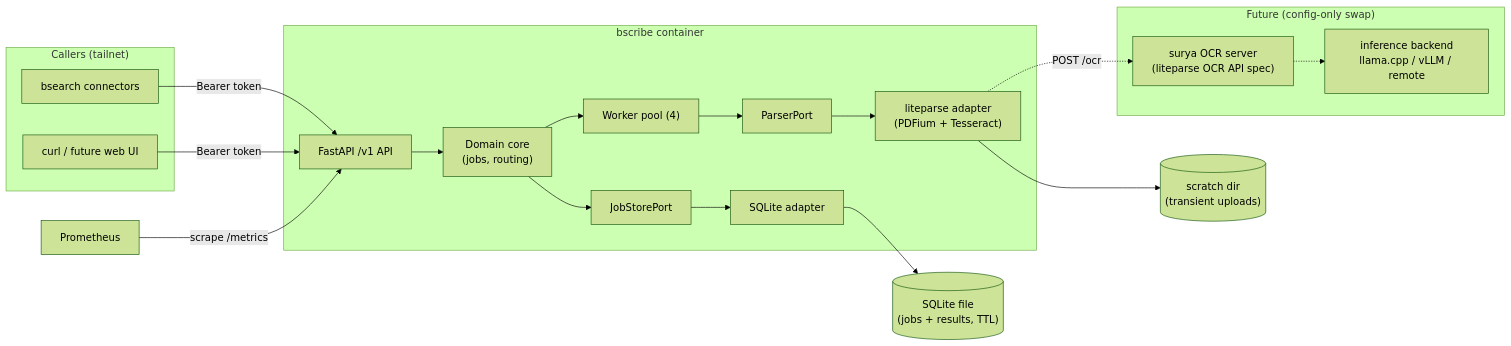
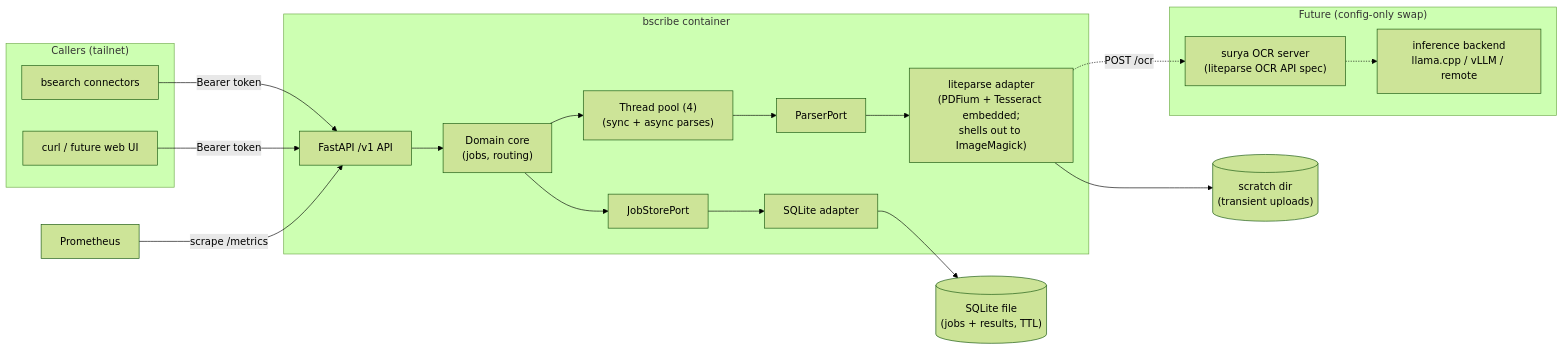
The diagram in docs/design.md (bcrisp4/bscribe), drawn with Mermaid (forest theme) before and after one commit. The commit also changed other lines of this file, not shown here.

````diff
--- a/docs/design.md
+++ b/docs/design.md
@@ -86,34 +86,34 @@
 ```mermaid
 flowchart LR
     subgraph callers["Callers (tailnet)"]
         BS["bsearch connectors"]
         CURL["curl / future web UI"]
     end
 
     subgraph bscribe["bscribe container"]
         API["FastAPI /v1 API"]
         CORE["Domain core<br/>(jobs, routing)"]
-        WP["Worker pool (4)"]
+        WP["Thread pool (4)<br/>(sync + async parses)"]
         PP["ParserPort"]
         JS["JobStorePort"]
-        LP["liteparse adapter<br/>(PDFium + Tesseract)"]
+        LP["liteparse adapter<br/>(PDFium + Tesseract embedded;<br/>shells out to ImageMagick)"]
         SQ["SQLite adapter"]
     end
 
     SCRATCH[("scratch dir<br/>(transient uploads)")]
     DB[("SQLite file<br/>(jobs + results, TTL)")]
     PROM["Prometheus"]
 
     subgraph future["Future (config-only swap)"]
         OCRS["surya OCR server<br/>(liteparse OCR API spec)"]
         INF["inference backend<br/>llama.cpp / vLLM / remote"]
     end
 
     BS & CURL -->|"Bearer token"| API
     API --> CORE --> WP
     CORE --> JS --> SQ --> DB
     WP --> PP --> LP
     LP --> SCRATCH
     PROM -->|"scrape /metrics"| API
     LP -.->|"POST /ocr"| OCRS -.-> INF
 ```
````
